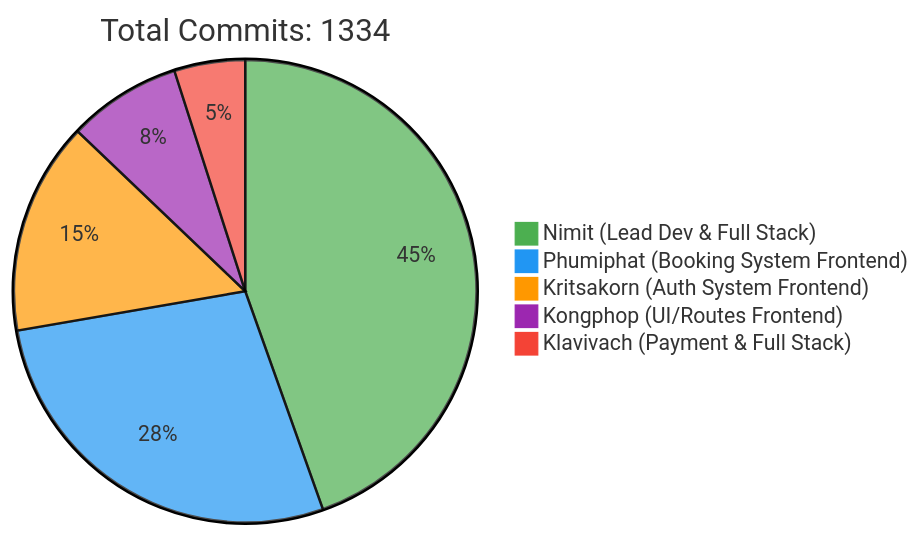
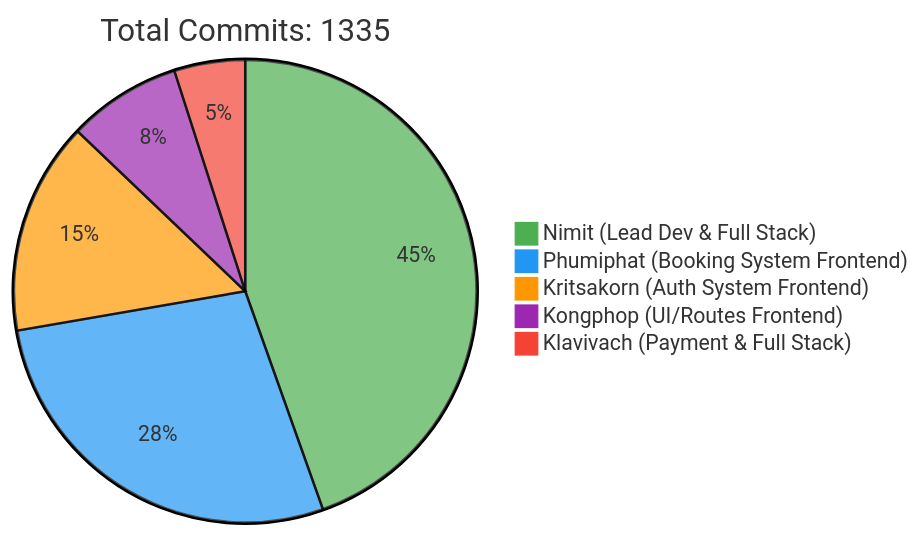
The first of 2 diagrams in README.md (6531503042/Sport-Complex), drawn with Mermaid before and after one commit. The commit also changed other lines of this file, not shown here.

Commit message:
docs: Update contributor statistics [skip ci]

````diff
--- a/README.md
+++ b/README.md
@@ -257,10 +257,10 @@
 ```mermaid
 %%{init: {'theme': 'base', 'themeVariables': { 'pie1': '#4CAF50', 'pie2': '#2196F3', 'pie3': '#FF9800', 'pie4': '#9C27B0', 'pie5': '#F44336'}}}%%
 pie
-    title Total Commits: 1334
+    title Total Commits: 1335
     "Nimit (Lead Dev & Full Stack)" : 450
     "Phumiphat (Booking System Frontend)" : 280
     "Kritsakorn (Auth System Frontend)" : 150
     "Kongphop (UI/Routes Frontend)" : 80
     "Klavivach (Payment & Full Stack)" : 50
 ```
````
